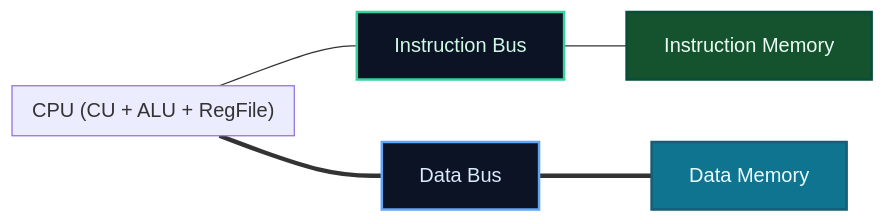
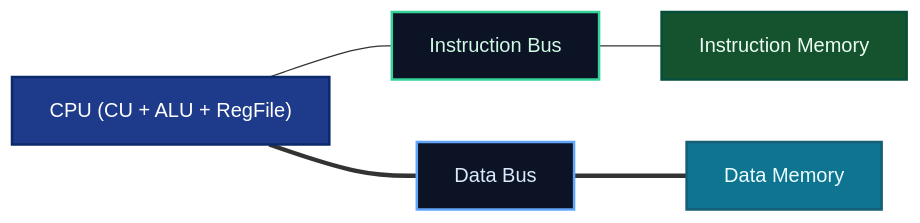
The second of 15 diagrams in docs/level-4/computing-skills/computer-systems-and-architecture.md (jaysalw/csref.dev), drawn with Mermaid before and after one commit. The commit also changed other lines of this file, not shown here.

Commit message:
Refactor Mermaid diagrams to improve CPU and GPU representation

````diff
--- a/docs/level-4/computing-skills/computer-systems-and-architecture.md
+++ b/docs/level-4/computing-skills/computer-systems-and-architecture.md
@@ -37,18 +36,17 @@
 ```mermaid
 flowchart LR
   classDef cpu fill:#1e3a8a,stroke:#0b2a6b,stroke-width:2,color:#fff;
   classDef memI fill:#14532d,stroke:#064e3b,stroke-width:2,color:#ecfdf5;
   classDef memD fill:#0e7490,stroke:#155e75,stroke-width:2,color:#ecfeff;
   classDef busI fill:#0b1325,stroke:#34d399,stroke-width:2,color:#d1fae5;
   classDef busD fill:#0b1325,stroke:#60a5fa,stroke-width:2,color:#dbeafe;
 
-  subgraph CPU["CPU (CU + ALU + RegFile)"]
-  end
+  CPU["CPU (CU + ALU + RegFile)"]:::cpu
   IMEM["Instruction Memory"]:::memI
   DMEM["Data Memory"]:::memD
   IBUS["Instruction Bus"]:::busI
   DBUS["Data Bus"]:::busD
 
   CPU --- IBUS --- IMEM
   CPU === DBUS === DMEM
 ```
````
